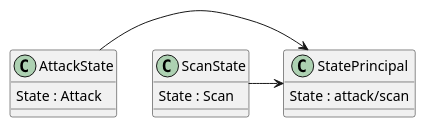
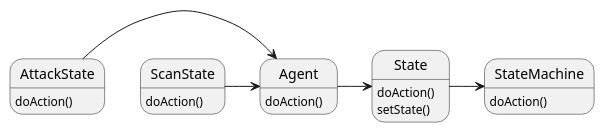
One commit to Warwiren/Battlefield changed the first of 3 diagrams in State.wsd. Above: the diagram before and after it, drawn with PlantUML. The commit also changed 8 other files, not shown here.

```diff
--- a/State.wsd
+++ b/State.wsd
@@ -1,9 +1,12 @@
 @startuml
-AttackState -> StatePrincipal
-ScanState-> StatePrincipal
+AttackState -> Agent
+ScanState-> Agent
+State -> StateMachine
+Agent -> State
 
-StatePrincipal : State : attack/scan
-AttackState : State : Attack
-ScanState : State : Scan
-
+State: doAction()\nsetState()
+AttackState : doAction()
+ScanState : doAction()
+StateMachine : doAction()
+Agent : doAction()
 @enduml
```
